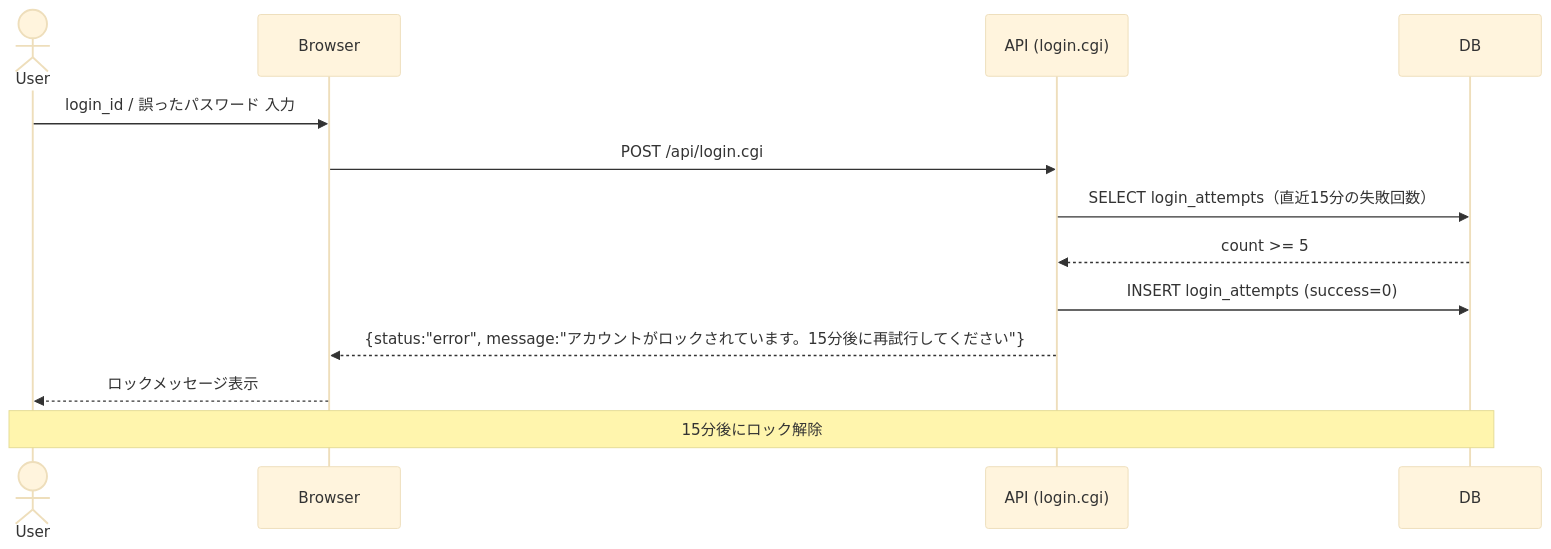
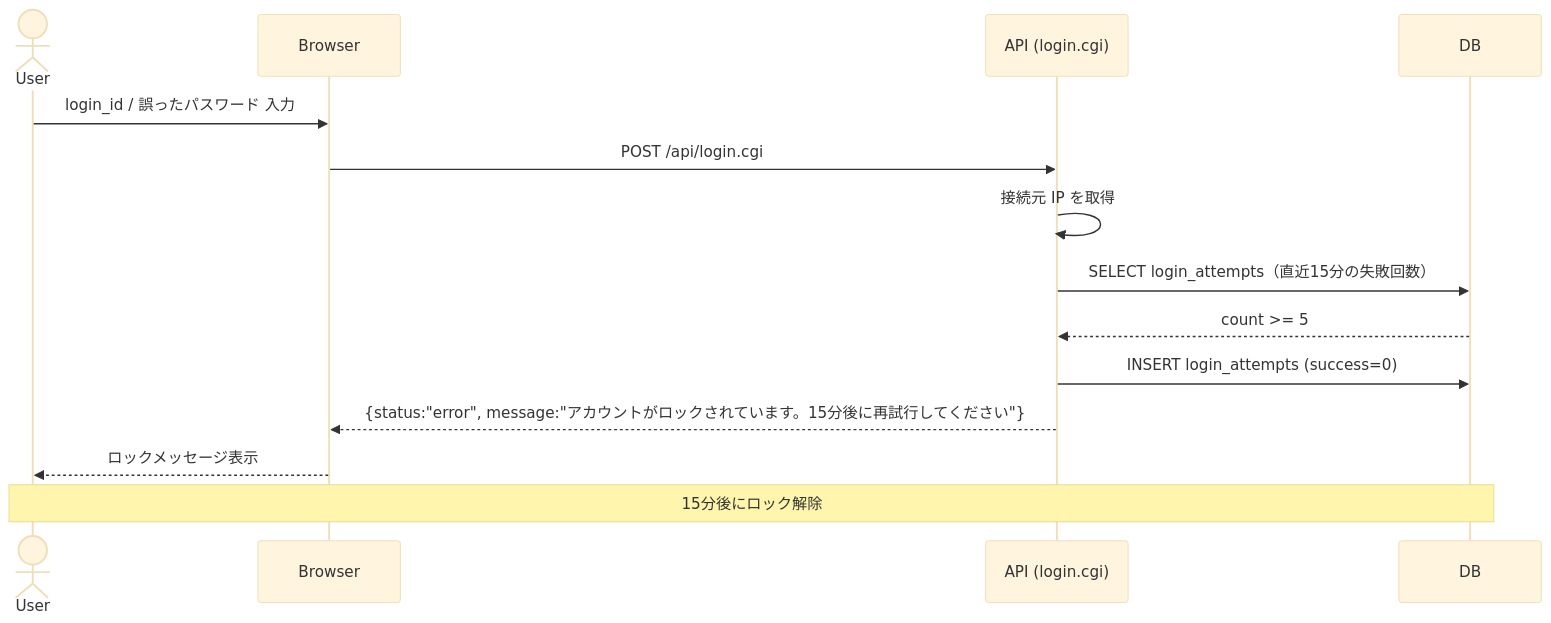
The third of 24 diagrams in SEQUENCE.md (garyohosu/worklog-pwa), drawn with Mermaid (base theme) before and after one commit. The commit also changed other lines of this file and 2 other files, not shown here.

Commit message:
docs: align sequence flows with sync rules

````diff
--- a/SEQUENCE.md
+++ b/SEQUENCE.md
@@ -80,16 +81,17 @@
 ```mermaid
 sequenceDiagram
   actor User
   participant Browser
   participant API as API (login.cgi)
   participant DB
 
   User->>Browser: login_id / 誤ったパスワード 入力
   Browser->>API: POST /api/login.cgi
+  API->>API: 接続元 IP を取得
   API->>DB: SELECT login_attempts（直近15分の失敗回数）
   DB-->>API: count >= 5
   API->>DB: INSERT login_attempts (success=0)
   API-->>Browser: {status:"error", message:"アカウントがロックされています。15分後に再試行してください"}
   Browser-->>User: ロックメッセージ表示
   Note over User,DB: 15分後にロック解除
 ```
````
